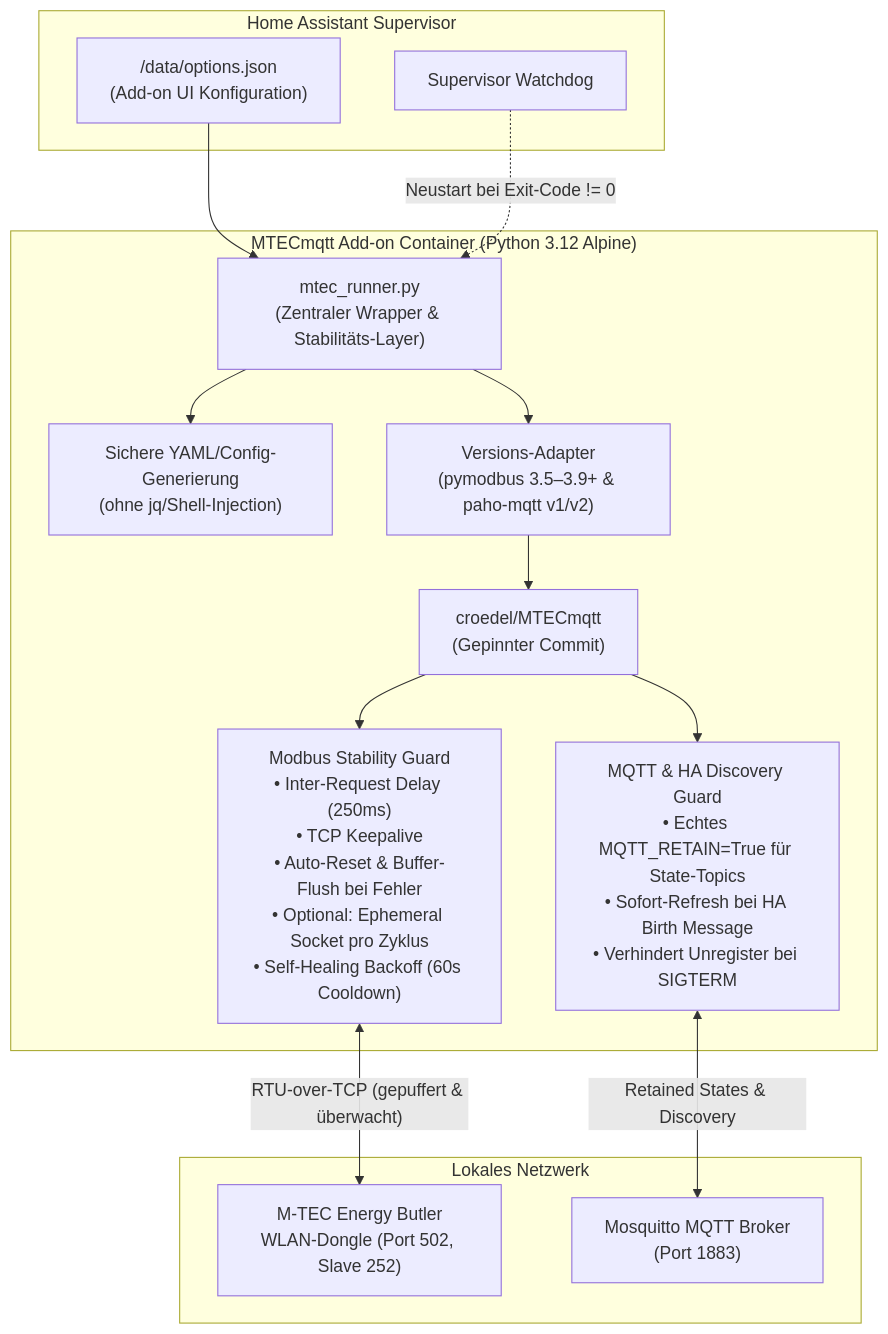
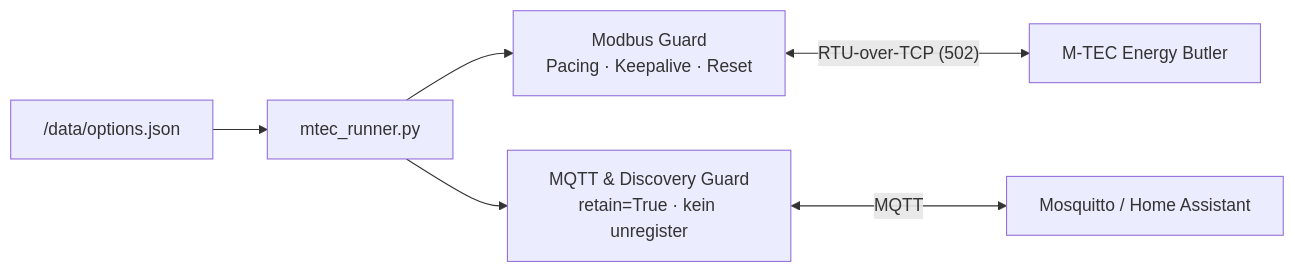
The diagram in docs/refactoring-v3.md (tobi-freu/mtecmqtt), drawn with Mermaid before and after one commit. The commit also changed other lines of this file and 7 other files, not shown here.

````diff
--- a/docs/refactoring-v3.md
+++ b/docs/refactoring-v3.md
@@ -49,31 +5,8 @@
 ```mermaid
-flowchart TD
-    subgraph HA["Home Assistant Supervisor"]
-        OPT["/data/options.json<br/>(Add-on UI Konfiguration)"]
-        WD["Supervisor Watchdog"]
-    end
-
-    subgraph Container["MTECmqtt Add-on Container (Python 3.12 Alpine)"]
-        RUNNER["mtec_runner.py<br/>(Zentraler Wrapper & Stabilitäts-Layer)"]
-        CFG["Sichere YAML/Config-Generierung<br/>(ohne jq/Shell-Injection)"]
-        ADAPT["Versions-Adapter<br/>(pymodbus 3.5–3.9+ & paho-mqtt v1/v2)"]
-        MODBUS_GUARD["Modbus Stability Guard<br/>• Inter-Request Delay (250ms)<br/>• TCP Keepalive<br/>• Auto-Reset & Buffer-Flush bei Fehler<br/>• Optional: Ephemeral Socket pro Zyklus<br/>• Self-Healing Backoff (60s Cooldown)"]
-        MQTT_GUARD["MQTT & HA Discovery Guard<br/>• Echtes MQTT_RETAIN=True für State-Topics<br/>• Sofort-Refresh bei HA Birth Message<br/>• Verhindert Unregister bei SIGTERM"]
-        CORE["croedel/MTECmqtt<br/>(Gepinnter Commit)"]
-    end
-
-    subgraph Hardware["Lokales Netzwerk"]
-        DONGLE["M-TEC Energy Butler<br/>WLAN-Dongle (Port 502, Slave 252)"]
-        BROKER["Mosquitto MQTT Broker<br/>(Port 1883)"]
-    end
-
-    OPT --> RUNNER
-    RUNNER --> CFG
-    RUNNER --> ADAPT
-    ADAPT --> CORE
-    CORE --> MODBUS_GUARD
-    CORE --> MQTT_GUARD
-    MODBUS_GUARD <-->|"RTU-over-TCP (gepuffert & überwacht)"| DONGLE
-    MQTT_GUARD <-->|"Retained States & Discovery"| BROKER
-    WD -.->|"Neustart bei Exit-Code != 0"| RUNNER
+flowchart LR
+    OPT["/data/options.json"] --> RUNNER["mtec_runner.py"]
+    RUNNER --> MODBUS["Modbus Guard<br/>Pacing · Keepalive · Reset"]
+    RUNNER --> MQTT["MQTT & Discovery Guard<br/>retain=True · kein unregister"]
+    MODBUS <-->|"RTU-over-TCP (502)"| INV["M-TEC Energy Butler"]
+    MQTT <-->|"MQTT"| HA["Mosquitto / Home Assistant"]
 ```
````
